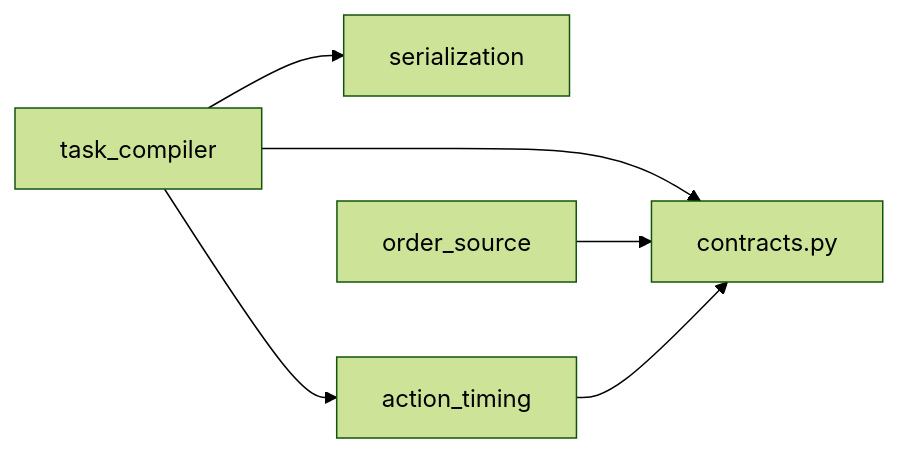
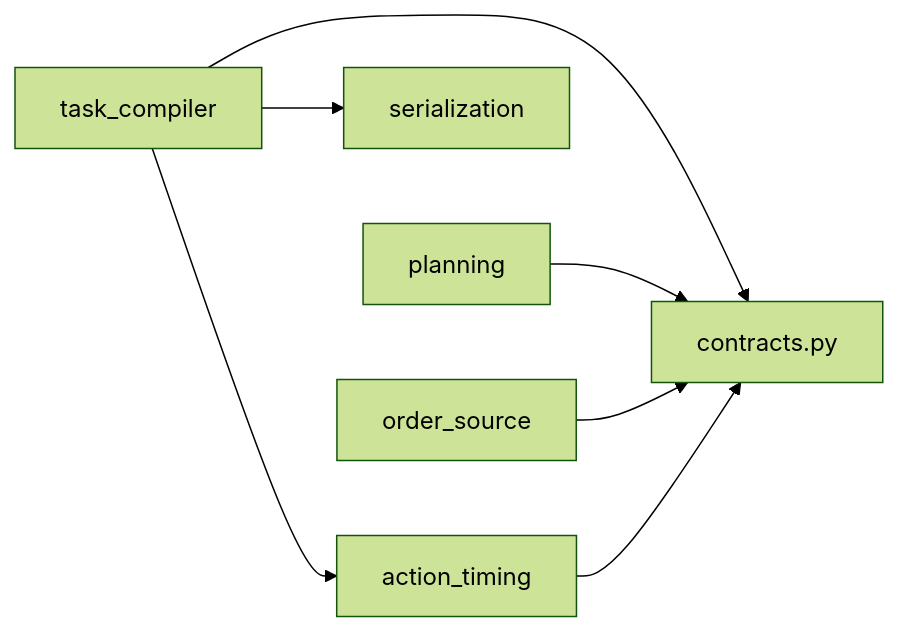
One commit to Requora/TAPF_MAPF_TPG changed the diagram in docs/en/architecture/MODULES.md. Above: the diagram before and after it, drawn with Mermaid (forest theme). The commit also changed other lines of this file and 11 other files, not shown here.

````diff
--- a/docs/en/architecture/MODULES.md
+++ b/docs/en/architecture/MODULES.md
@@ -48,8 +53,9 @@
 ```mermaid
 flowchart LR
     Compiler[task_compiler] --> Contracts[contracts.py]
+    Planning[planning] --> Contracts
     Compiler --> Codec[serialization]
     Compiler --> Durations[action_timing]
     Orders[order_source] --> Contracts
     Durations --> Contracts
 ```
````
